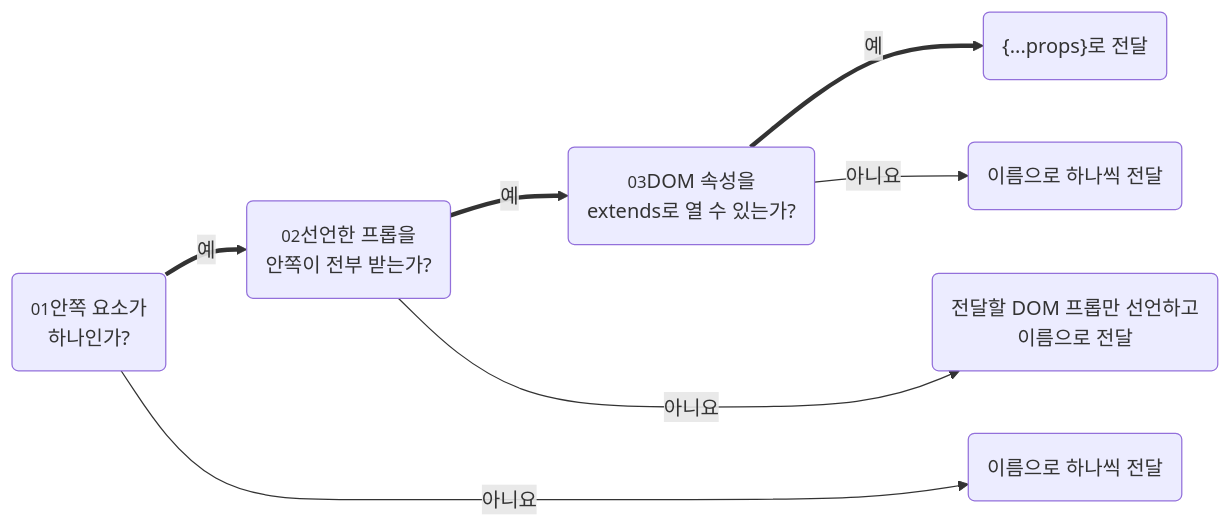
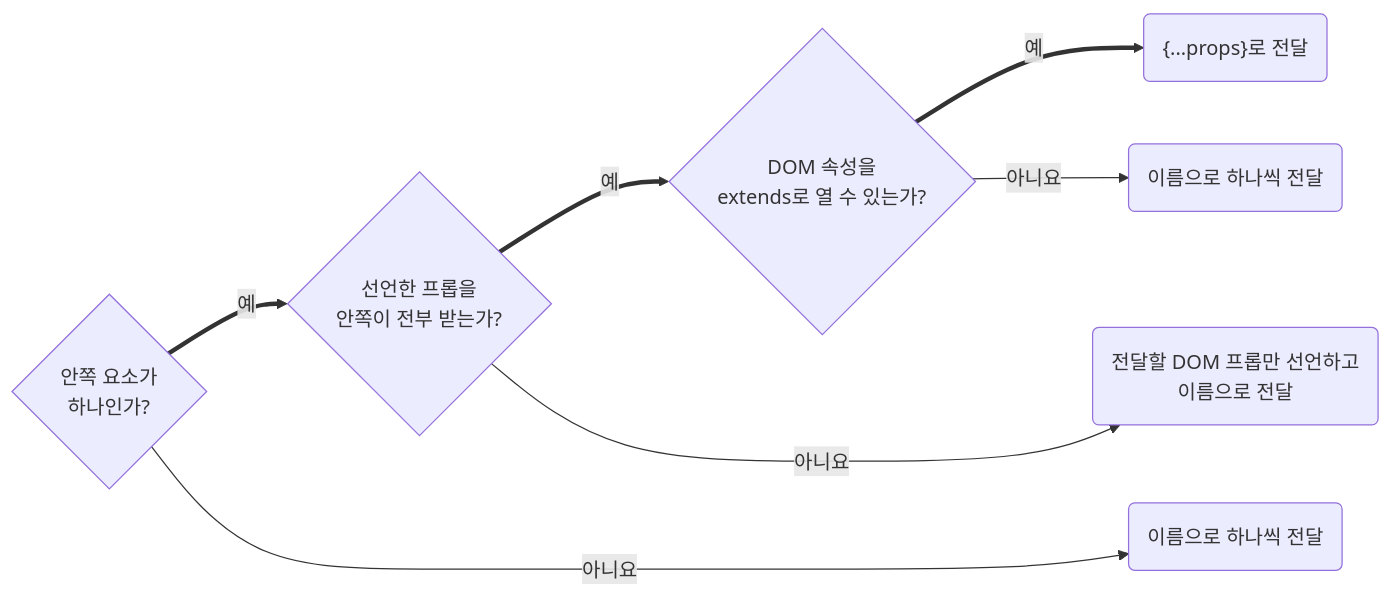
One commit to minu-ha/agent-conventions changed the second of 2 diagrams in skill/react/HANDBOOK.md. Above: the diagram before and after it, drawn with Mermaid. The commit also changed 6 other files, not shown here.

````diff
--- a/skill/react/HANDBOOK.md
+++ b/skill/react/HANDBOOK.md
@@ -1505,10 +1505,10 @@
 ```mermaid
 flowchart LR
-	q1("<small>01</small>안쪽 요소가<br>하나인가?"):::step == 예 ==> q2("<small>02</small>선언한 프롭을<br>안쪽이 전부 받는가?"):::step == 예 ==> q3("<small>03</small>DOM 속성을<br>extends로 열 수 있는가?"):::step == 예 ==> r3("{...props}로 전달")
-	q3 -- 아니요 --> r4("이름으로 하나씩 전달")
-	q2 -- 아니요 --> r2("전달할 DOM 프롭만 선언하고<br>이름으로 전달")
-	q1 -- 아니요 --> r1("이름으로 하나씩 전달")
+	q1{"안쪽 요소가<br>하나인가?"} == 예 ==> q2{"선언한 프롭을<br>안쪽이 전부 받는가?"} == 예 ==> q3{"DOM 속성을<br>extends로 열 수 있는가?"} == 예 ==> r3("{...props}로 전달"):::yes
+	q3 -- 아니요 --> r4("이름으로 하나씩 전달"):::no
+	q2 -- 아니요 --> r2("전달할 DOM 프롭만 선언하고<br>이름으로 전달"):::no
+	q1 -- 아니요 --> r1("이름으로 하나씩 전달"):::no
 	%% 결과 상자를 한 열에 맞추는 보이지 않는 선
 	q3 ~~~ r2
 	q3 ~~~ r1
 ```
````
